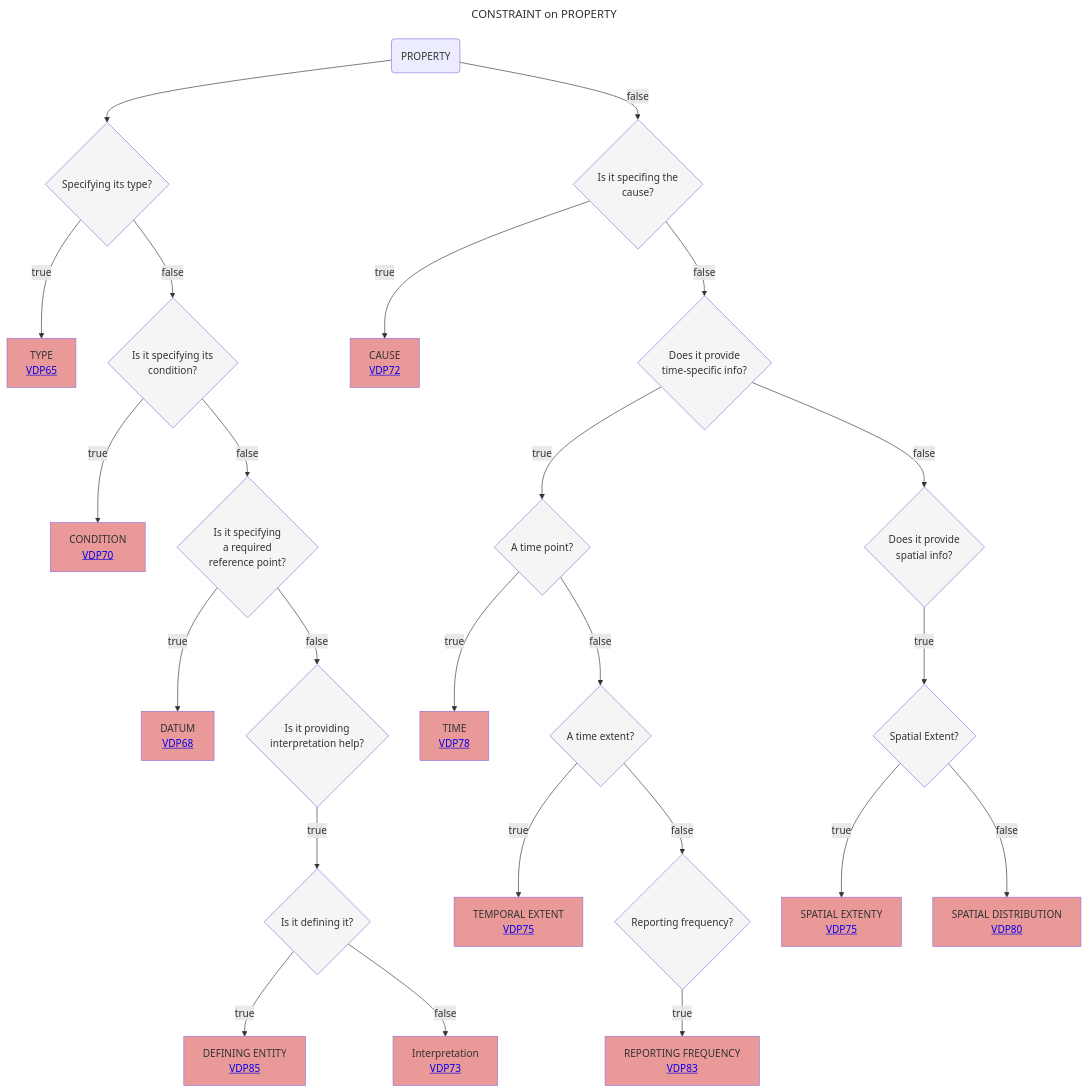
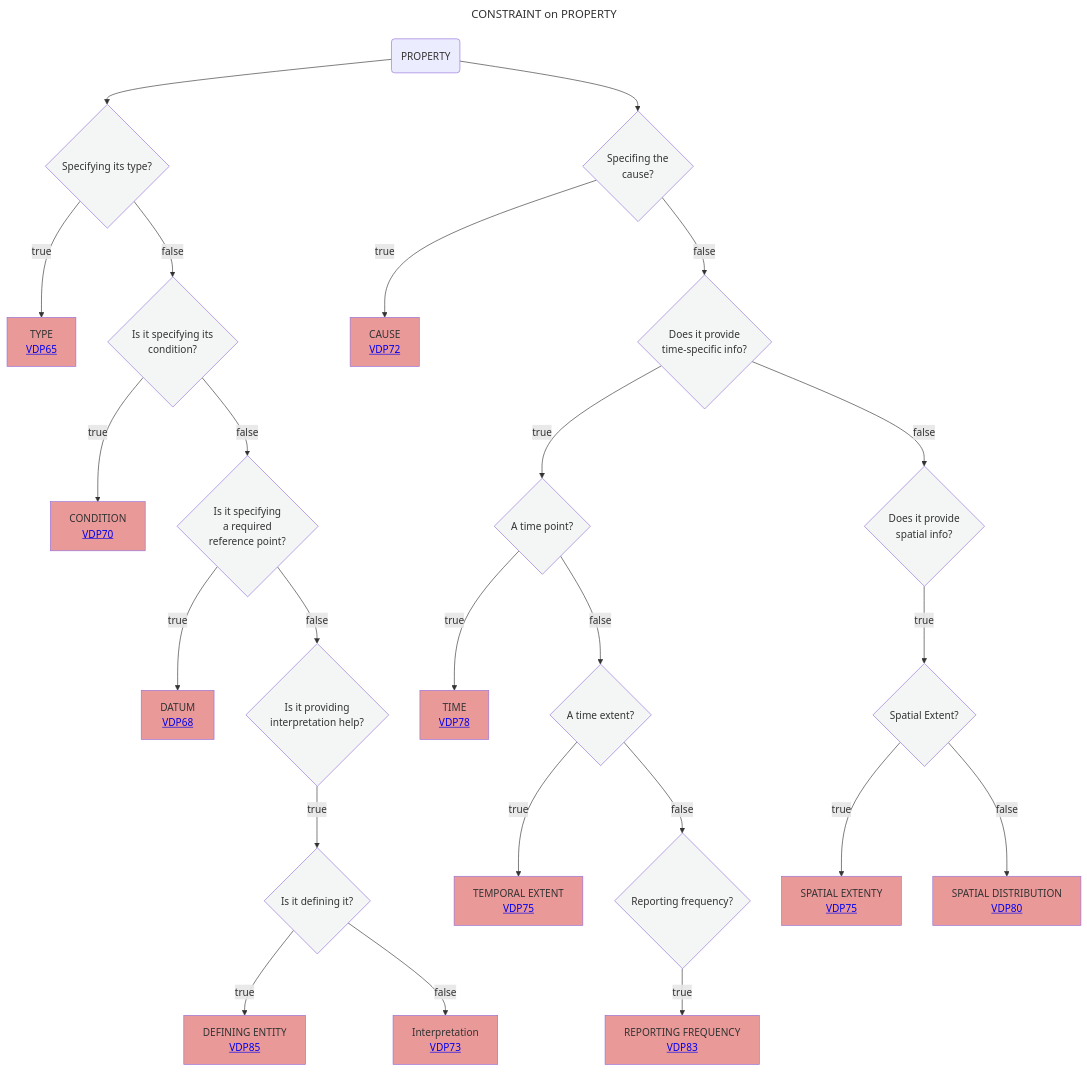
Before and after one commit to mabablue/I-ADOPT-patterns-playground: the diagram in Decisition_trees/DT9.mmd, drawn with Mermaid.

```diff
--- a/Decisition_trees/DT9.mmd
+++ b/Decisition_trees/DT9.mmd
@@ -1,32 +1,32 @@
 ---
 title: CONSTRAINT on PROPERTY
 ---
 flowchart TD
     A(PROPERTY)  --> B{Specifying its type?}:::white
     B --> |true|C[TYPE <br> <a href='https://github.com/mabablue/I-ADOPT-patterns-playground/blob/main/pattern/VDP65.yaml'>VDP65</a>]:::rose
     B --> |false|D{Is it specifying its <br> condition?}:::white
     D --> |true|E[CONDITION <br> <a href='https://github.com/mabablue/I-ADOPT-patterns-playground/blob/main/pattern/VDP70.yaml'>VDP70</a>]:::rose
     D --> |false|F{Is it specifying <br> a required <br> reference point?}:::white
     F --> |true|G[DATUM <br> <a href='https://github.com/mabablue/I-ADOPT-patterns-playground/blob/main/pattern/VDP68.yaml'>VDP68</a>]:::rose
     F --> |false|IH{Is it providing <br> interpretation help?}:::white
     IH --> |true|HI{Is it defining it?}:::white
     HI --> |true|HK[DEFINING ENTITY <br> <a href='https://github.com/mabablue/I-ADOPT-patterns-playground/blob/main/pattern/VDP85.yaml'>VDP85</a>]:::rose
     HI --> |false|I[Interpretation <br> <a href='https://github.com/mabablue/I-ADOPT-patterns-playground/blob/main/pattern/VDP73.yaml'>VDP73</a>]:::rose
-    A --> |false|J{Is it specifing the <br> cause?}:::white
+    A --> J{Specifing the <br> cause?}:::white
     J --> |true|K[CAUSE<br> <a href='https://github.com/mabablue/I-ADOPT-patterns-playground/blob/main/pattern/VDP72.yaml'>VDP72</a>]:::rose
     J --> |false|L{Does it provide <br> time-specific info?}:::white
     L --> |true|M{A time point?}:::white
     L --> |false|T{Does it provide <br> spatial info?}:::white
     M --> |true|N[TIME<br> <a href='https://github.com/mabablue/I-ADOPT-patterns-playground/blob/main/pattern/VDP78.yaml'>VDP78</a>]:::rose
     M --> |false|O{A time extent?}:::white
     O --> |true|Q[TEMPORAL EXTENT<br> <a href='https://github.com/mabablue/I-ADOPT-patterns-playground/blob/main/pattern/VDP75.yaml'>VDP75</a>]:::rose
     O --> |false|R{Reporting frequency?}:::white
     R --> |true|S[REPORTING FREQUENCY<br> <a href='https://github.com/mabablue/I-ADOPT-patterns-playground/blob/main/pattern/VDP83.yaml'>VDP83</a>]:::rose
     T --> |true|U{Spatial Extent?}:::white
     U --> |true|V[SPATIAL EXTENTY<br> <a href='https://github.com/mabablue/I-ADOPT-patterns-playground/blob/main/pattern/VDP.75yaml'>VDP75</a>]:::rose
     U --> |false|W[SPATIAL DISTRIBUTION<br> <a href='https://github.com/mabablue/I-ADOPT-patterns-playground/blob/main/pattern/VDP.80yaml'>VDP80</a>]:::rose
    classDef blue fill:#90D5FF
    classDef satblue fill:#57B9FF 
    classDef white fill:#f3f6f4
    classDef green fill:#6aa84f
    classDef rose fill:#ea9999
```
